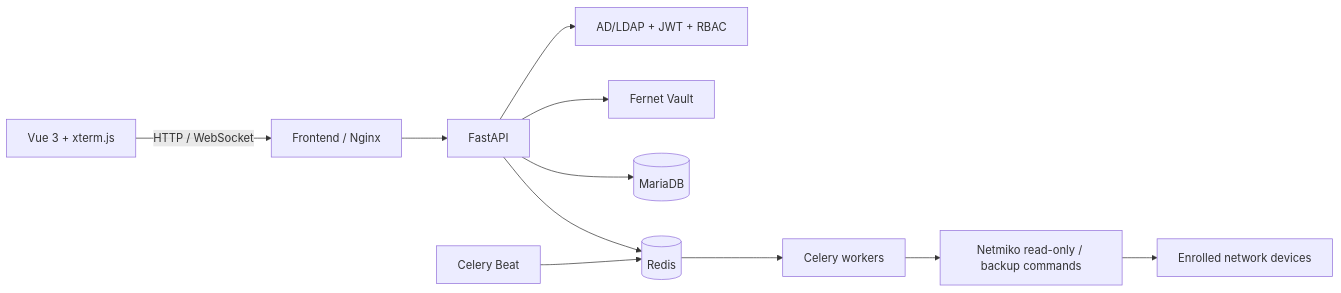
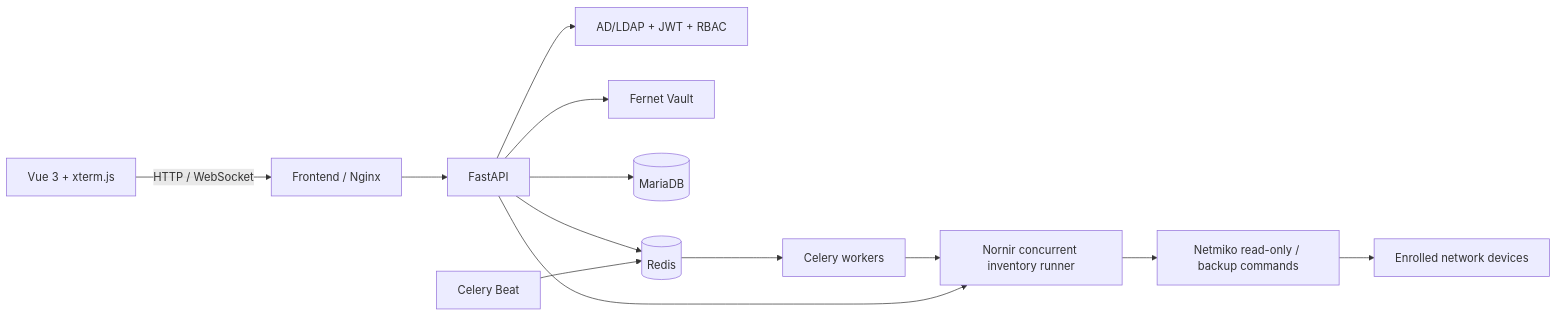
One commit to mertgl1/OmniEyeNetwork changed the diagram in README.md. Above: the diagram before and after it, drawn with Mermaid. The commit also changed other lines of this file and 28 other files, not shown here.

````diff
--- a/README.md
+++ b/README.md
@@ -21,13 +22,15 @@
 ```mermaid
 flowchart LR
   Browser["Vue 3 + xterm.js"] -->|HTTP / WebSocket| Nginx["Frontend / Nginx"]
   Nginx --> API["FastAPI"]
   API --> Auth["AD/LDAP + JWT + RBAC"]
   API --> Vault["Fernet Vault"]
   API --> DB[(MariaDB)]
   API --> Redis[(Redis)]
   Redis --> Worker["Celery workers"]
   Beat["Celery Beat"] --> Redis
-  Worker --> Netmiko["Netmiko read-only / backup commands"]
+  Worker --> Nornir["Nornir concurrent inventory runner"]
+  API --> Nornir
+  Nornir --> Netmiko["Netmiko read-only / backup commands"]
   Netmiko --> Devices["Enrolled network devices"]
 ```
````
